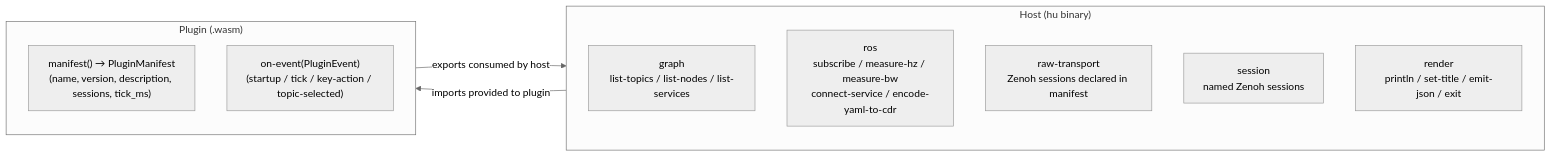
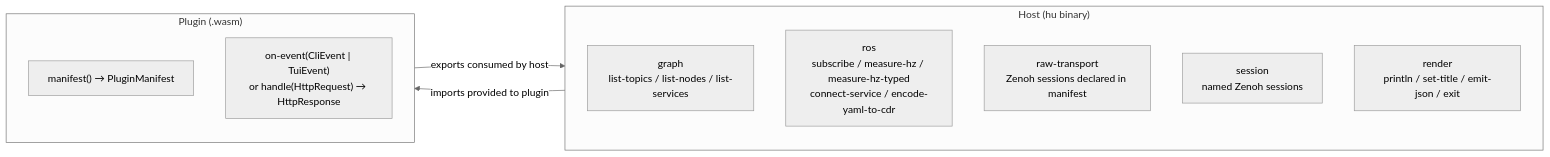
The first of 3 diagrams in docs/tools/hu-plugins.md (ZettaScaleLabs/hiroz), drawn with Mermaid (neutral theme) before and after one commit. The commit also changed other lines of this file, not shown here.

````diff
--- a/docs/tools/hu-plugins.md
+++ b/docs/tools/hu-plugins.md
@@ -99,16 +115,16 @@
 ```mermaid
 flowchart LR
     subgraph Host["Host (hu binary)"]
         G["graph\nlist-topics / list-nodes / list-services"]
-        R["ros\nsubscribe / measure-hz / measure-bw\nconnect-service / encode-yaml-to-cdr"]
+        R["ros\nsubscribe / measure-hz / measure-hz-typed\nconnect-service / encode-yaml-to-cdr"]
         RT["raw-transport\nZenoh sessions declared in manifest"]
         S["session\nnamed Zenoh sessions"]
         Ren["render\nprintln / set-title / emit-json / exit"]
     end
     subgraph Plugin["Plugin (.wasm)"]
-        MF["manifest() → PluginManifest\n(name, version, description, sessions, tick_ms)"]
-        OE["on-event(PluginEvent)\n(startup / tick / key-action / topic-selected)"]
+        MF["manifest() → PluginManifest"]
+        OE["on-event(CliEvent | TuiEvent)\nor handle(HttpRequest) → HttpResponse"]
     end
     Host -->|imports provided to plugin| Plugin
     Plugin -->|exports consumed by host| Host
 ```
````
